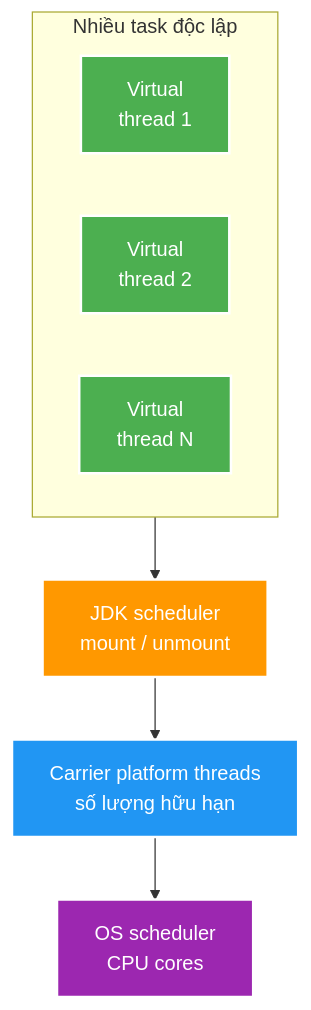
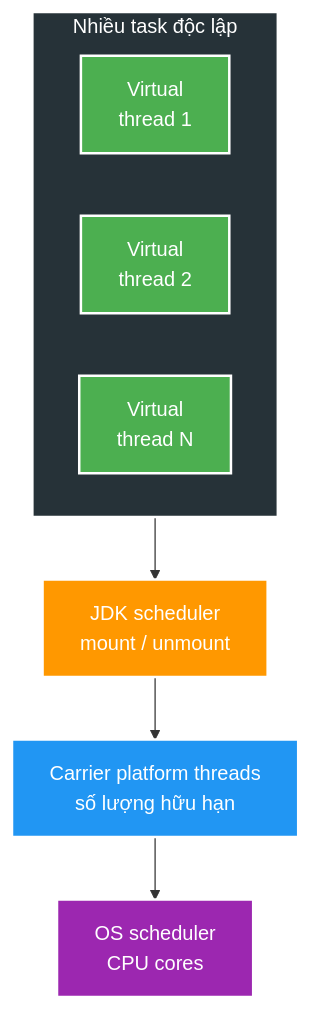
Before and after one commit to HungPhan200591/live-stream-backend: the second of 4 diagrams in docs/learning/topics/java/theory/deep-dives/virtual-threads-and-pinning.md, drawn with Mermaid. The commit also changed 177 other files, not shown here.

````diff
--- a/docs/learning/topics/java/theory/deep-dives/virtual-threads-and-pinning.md
+++ b/docs/learning/topics/java/theory/deep-dives/virtual-threads-and-pinning.md
@@ -67,20 +67,21 @@
 ```mermaid
 flowchart TB
     subgraph Tasks["Nhiều task độc lập"]
         direction LR
         V1["Virtual<br/>thread 1"]
         V2["Virtual<br/>thread 2"]
         V3["Virtual<br/>thread N"]
     end
 
     Tasks --> S["JDK scheduler<br/>mount / unmount"]
     S --> C["Carrier platform threads<br/>số lượng hữu hạn"]
     C --> O["OS scheduler<br/>CPU cores"]
 
     style V1 fill:#4CAF50,stroke:#fff,stroke-width:2px,color:#fff
     style V2 fill:#4CAF50,stroke:#fff,stroke-width:2px,color:#fff
     style V3 fill:#4CAF50,stroke:#fff,stroke-width:2px,color:#fff
+    style Tasks fill:#263238,stroke:#fff,stroke-width:2px,color:#fff
     style S fill:#FF9800,stroke:#fff,stroke-width:2px,color:#fff
     style C fill:#2196F3,stroke:#fff,stroke-width:2px,color:#fff
     style O fill:#9C27B0,stroke:#fff,stroke-width:2px,color:#fff
 ```
````
